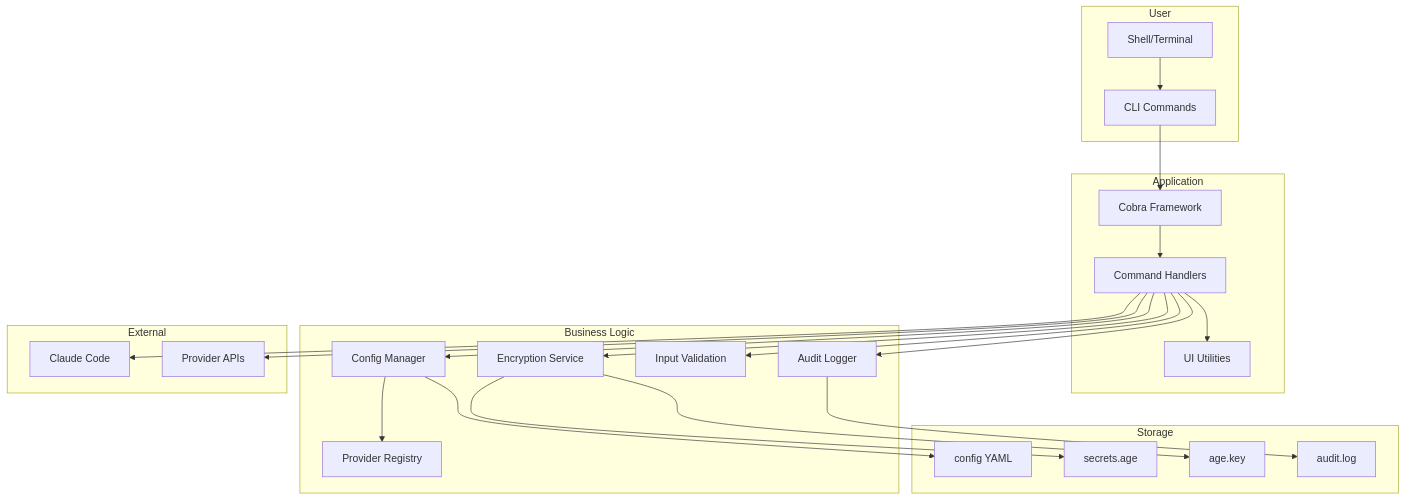
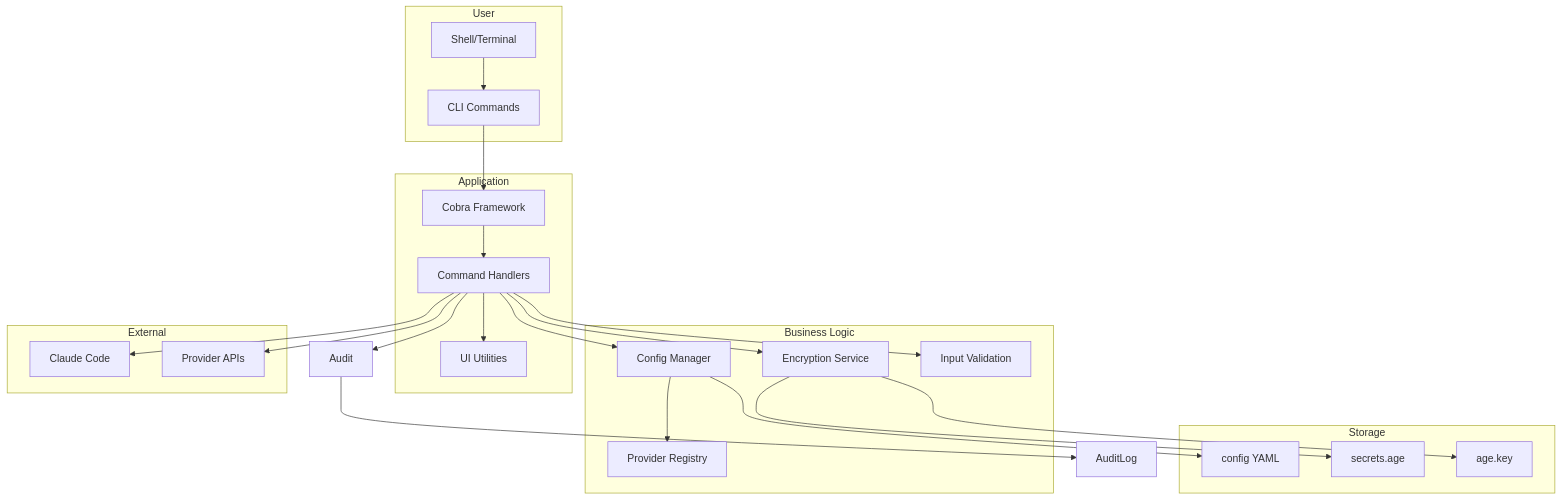
One commit to dkmnx/kairo changed the first of 7 diagrams in docs/architecture/README.md. Above: the diagram before and after it, drawn with Mermaid. The commit also changed 1 other file, not shown here.

Commit message:
docs: remove audit component references from architecture diagrams
The audit logging feature was removed. Updated diagrams in:
- README.md
- docs/architecture/README.md

````diff
--- a/docs/architecture/README.md
+++ b/docs/architecture/README.md
@@ -15,49 +15,47 @@
 ```mermaid
 flowchart TB
     subgraph User
         CLI[CLI Commands]
         Shell[Shell/Terminal]
     end
 
     subgraph Application
         Cobra[Cobra Framework]
         Commands[Command Handlers]
         UI[UI Utilities]
     end
 
     subgraph Business Logic
         Config[Config Manager]
         Crypto[Encryption Service]
         Providers[Provider Registry]
         Validate[Input Validation]
-        Audit[Audit Logger]
     end
 
     subgraph Storage
         ConfigFile[config YAML]
         SecretsAge[secrets.age]
         AgeKey[age.key]
-        AuditLog[audit.log]
     end
 
     subgraph External
         Claude[Claude Code]
         APIs[Provider APIs]
     end
 
     Shell --> CLI
     CLI --> Cobra
     Cobra --> Commands
     Commands --> UI
     Commands --> Config
     Commands --> Crypto
     Commands --> Validate
     Commands --> Audit
     Config --> ConfigFile
     Crypto --> SecretsAge
     Crypto --> AgeKey
     Audit --> AuditLog
     Config --> Providers
     Commands --> APIs
     Commands --> Claude
 ```
````
